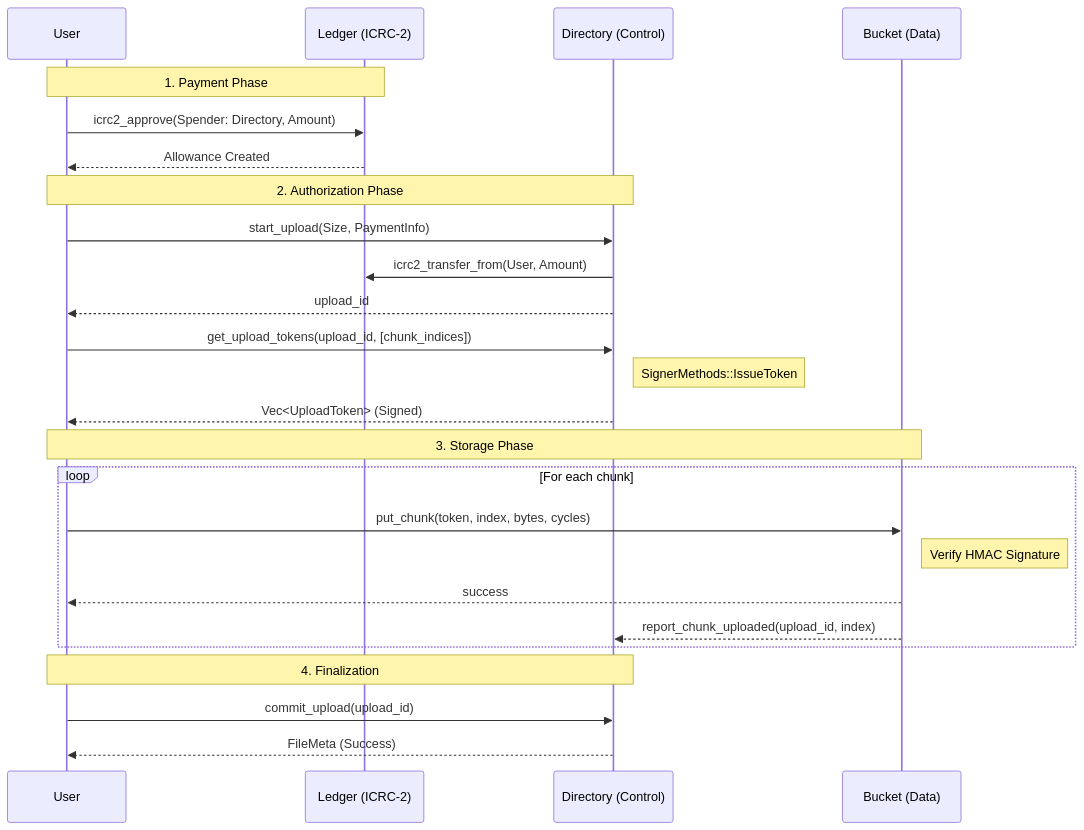
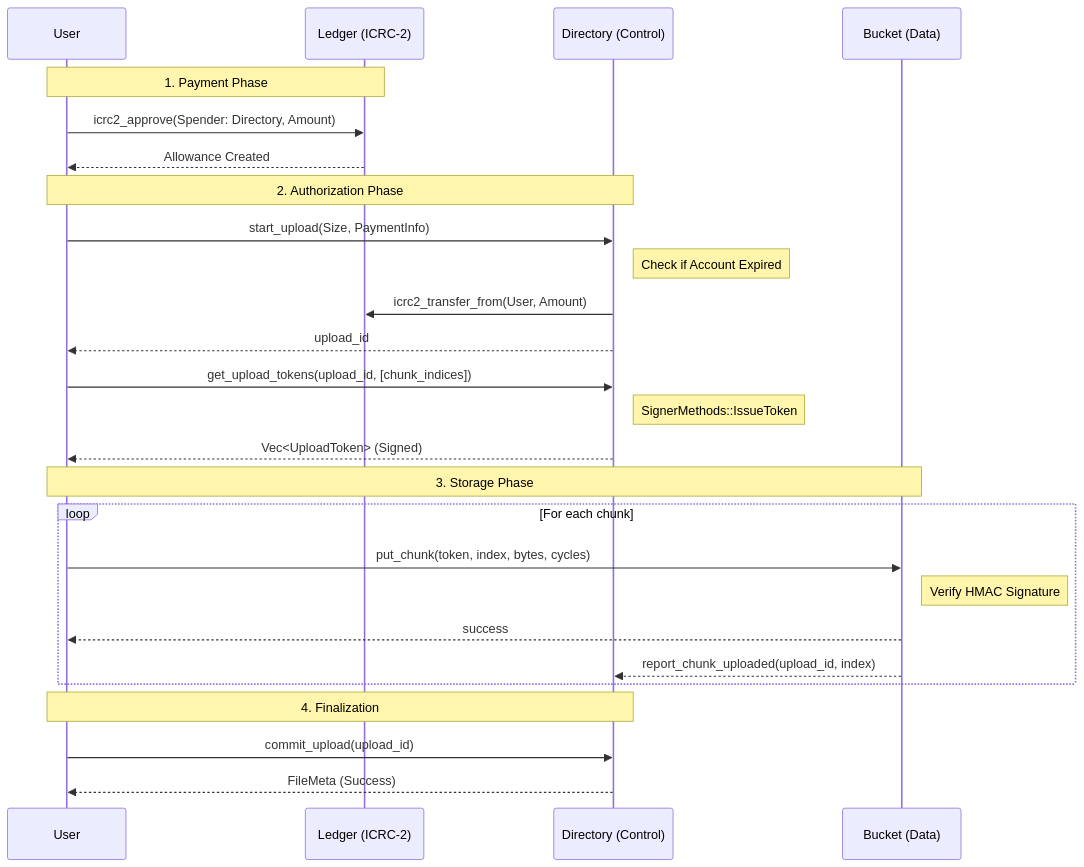
Before and after one commit to AntonioVentilii/vault-core: the second of 3 diagrams in ARCHITECTURE.md, drawn with Mermaid. The commit also changed other lines of this file and 21 other files, not shown here.

````diff
--- a/ARCHITECTURE.md
+++ b/ARCHITECTURE.md
@@ -55,32 +62,33 @@
 ```mermaid
 sequenceDiagram
     participant U as User
     participant L as Ledger (ICRC-2)
     participant D as Directory (Control)
     participant B as Bucket (Data)
 
     Note over U, L: 1. Payment Phase
     U->>L: icrc2_approve(Spender: Directory, Amount)
     L-->>U: Allowance Created
 
     Note over U, D: 2. Authorization Phase
     U->>D: start_upload(Size, PaymentInfo)
+    Note right of D: Check if Account Expired
     D->>L: icrc2_transfer_from(User, Amount)
     D-->>U: upload_id
 
     U->>D: get_upload_tokens(upload_id, [chunk_indices])
     Note right of D: SignerMethods::IssueToken
     D-->>U: Vec<UploadToken> (Signed)
 
     Note over U, B: 3. Storage Phase
     loop For each chunk
         U->>B: put_chunk(token, index, bytes, cycles)
         Note right of B: Verify HMAC Signature
         B-->>U: success
         B-->>D: report_chunk_uploaded(upload_id, index)
     end
 
     Note over U, D: 4. Finalization
     U->>D: commit_upload(upload_id)
     D-->>U: FileMeta (Success)
 ```
````
